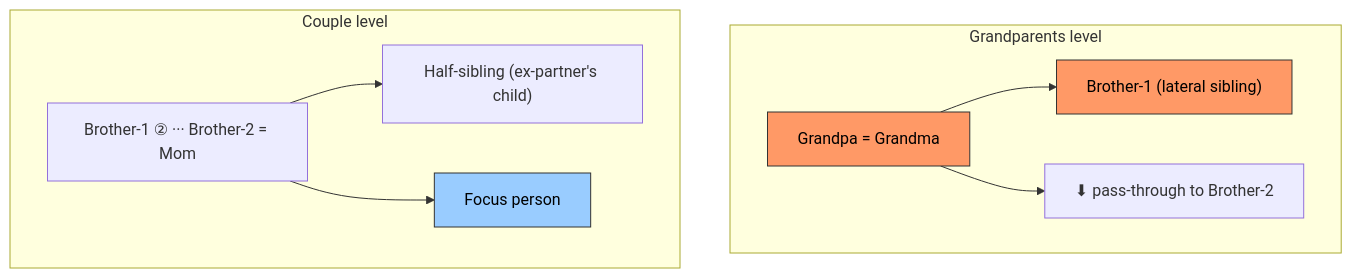
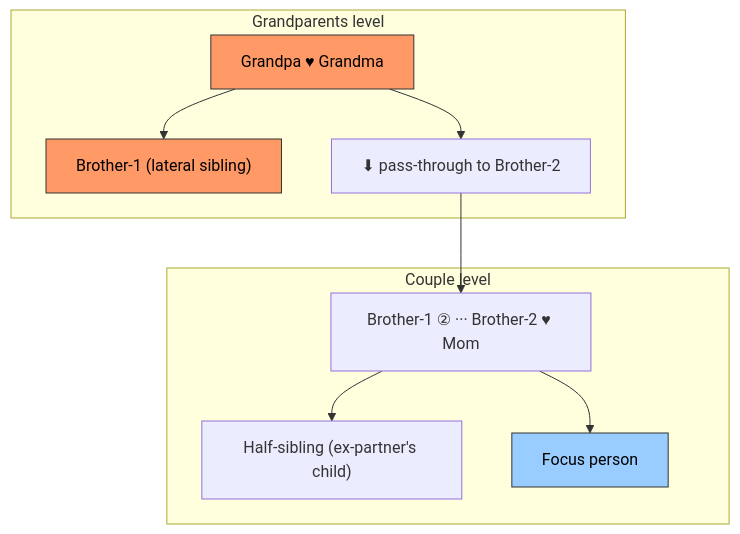
The seventh of 13 diagrams in lib/ancestry/people/CLAUDE.md (san650/ancestry), drawn with Mermaid before and after one commit. The commit also changed other lines of this file, not shown here.

Commit message:
Improve the graphs

````diff
--- a/lib/ancestry/people/CLAUDE.md
+++ b/lib/ancestry/people/CLAUDE.md
@@ -180,18 +187,20 @@
 ```mermaid
-graph TD
+flowchart TD
     subgraph gp_level ["Grandparents level"]
-        GP["Grandpa = Grandma"]
+        GP["Grandpa ♥ Grandma"]
         GP --> B1_lat["Brother-1 (lateral sibling)"]
         GP --> B2_pt["⬇ pass-through to Brother-2"]
     end
 
     subgraph couple_level ["Couple level"]
-        ExCouple["Brother-1 ② ··· Brother-2 = Mom"]
+        ExCouple["Brother-1 ② ··· Brother-2 ♥ Mom"]
         ExCouple --> Half["Half-sibling (ex-partner's child)"]
         ExCouple --> Focus["Focus person"]
     end
+
+    B2_pt --> ExCouple
 
     style GP fill:#f96,stroke:#333,color:#000
     style B1_lat fill:#f96,stroke:#333,color:#000
     style Focus fill:#9cf,stroke:#333,color:#000
 ```
````
